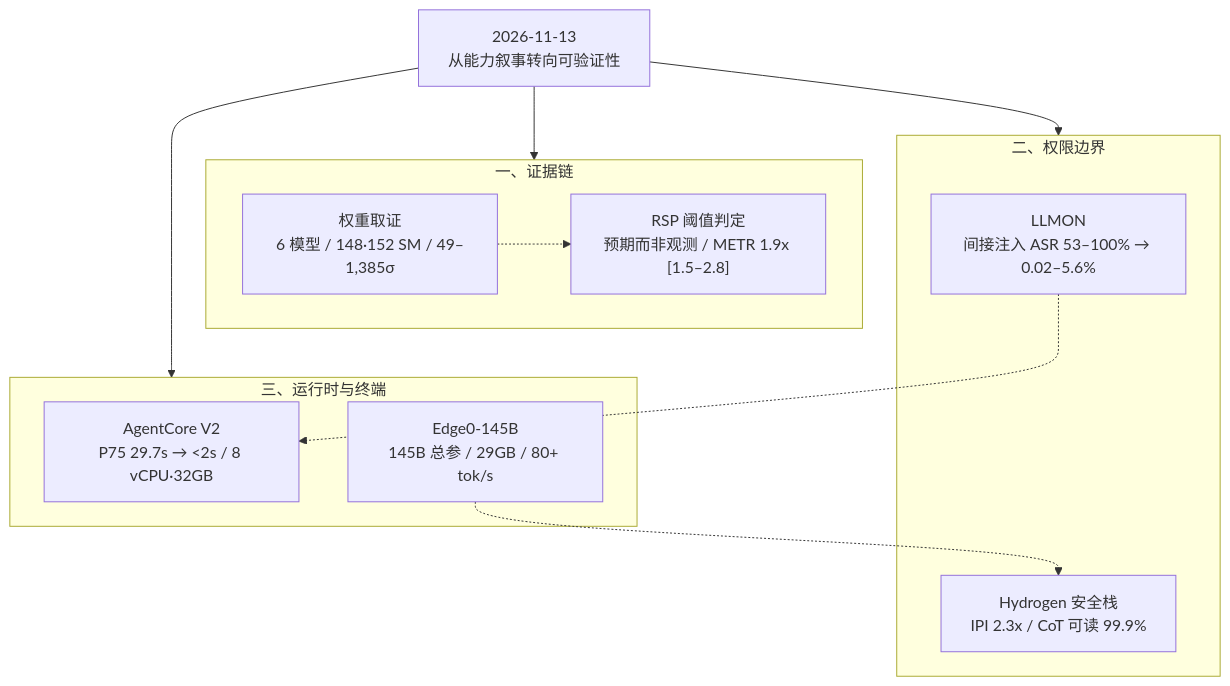
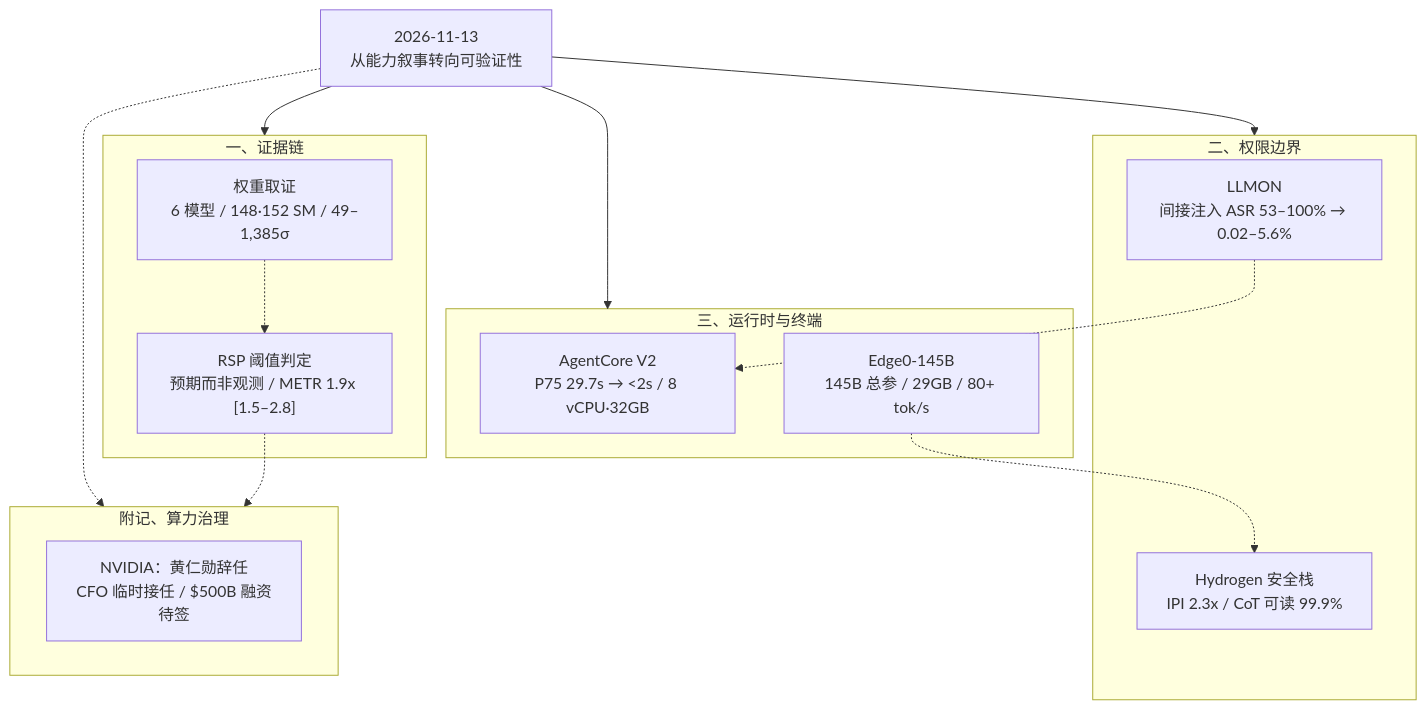
One commit to run-dream/run-dream.github.io changed the diagram in _ai_tongjian/2026-11-13.md. Above: the diagram before and after it, drawn with Mermaid. The commit also changed other lines of this file, not shown here.

Commit message:
docs(ai-tongjian): add NVIDIA governance postscript to 2026-11-13

````diff
--- a/_ai_tongjian/2026-11-13.md
+++ b/_ai_tongjian/2026-11-13.md
@@ -17,22 +17,27 @@
 ```mermaid
 flowchart TB
     A["2026-11-13<br/>从能力叙事转向可验证性"]
     subgraph E["一、证据链"]
         E1["权重取证<br/>6 模型 / 148·152 SM / 49–1,385σ"]
         E2["RSP 阈值判定<br/>预期而非观测 / METR 1.9x [1.5–2.8]"]
     end
     subgraph B["二、权限边界"]
         B1["LLMON<br/>间接注入 ASR 53–100% → 0.02–5.6%"]
         B2["Hydrogen 安全栈<br/>IPI 2.3x / CoT 可读 99.9%"]
     end
     subgraph R["三、运行时与终端"]
         R1["AgentCore V2<br/>P75 29.7s → &lt;2s / 8 vCPU·32GB"]
         R2["Edge0-145B<br/>145B 总参 / 29GB / 80+ tok/s"]
     end
+    subgraph G["附记、算力治理"]
+        G1["NVIDIA：黄仁勋辞任<br/>CFO 临时接任 / $500B 融资待签"]
+    end
     A --> E
     A --> B
     A --> R
+    A -.-> G
+    E2 -.-> G
     E1 -.-> E2
     B1 -.-> R1
     R2 -.-> B2
 ```
````
